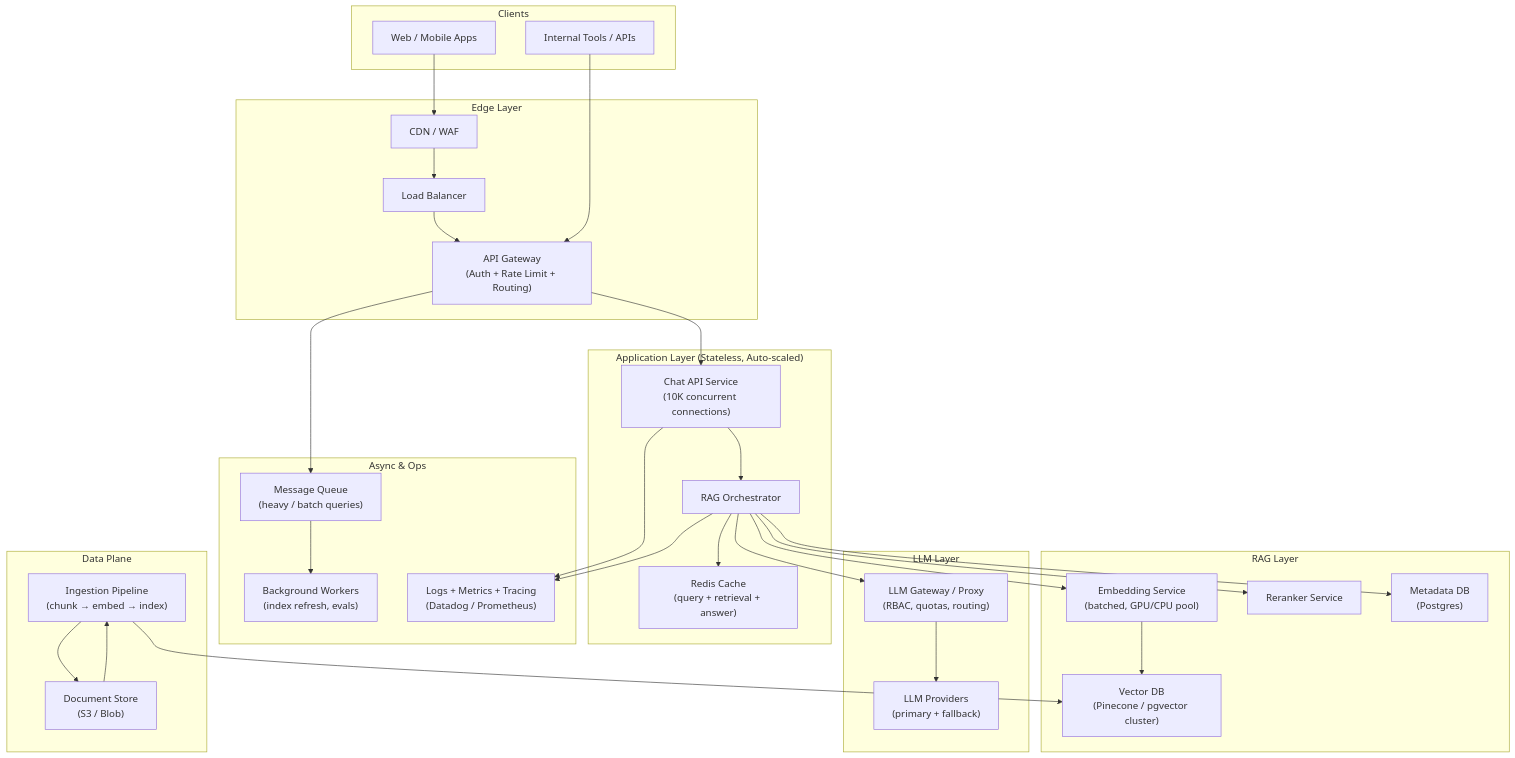
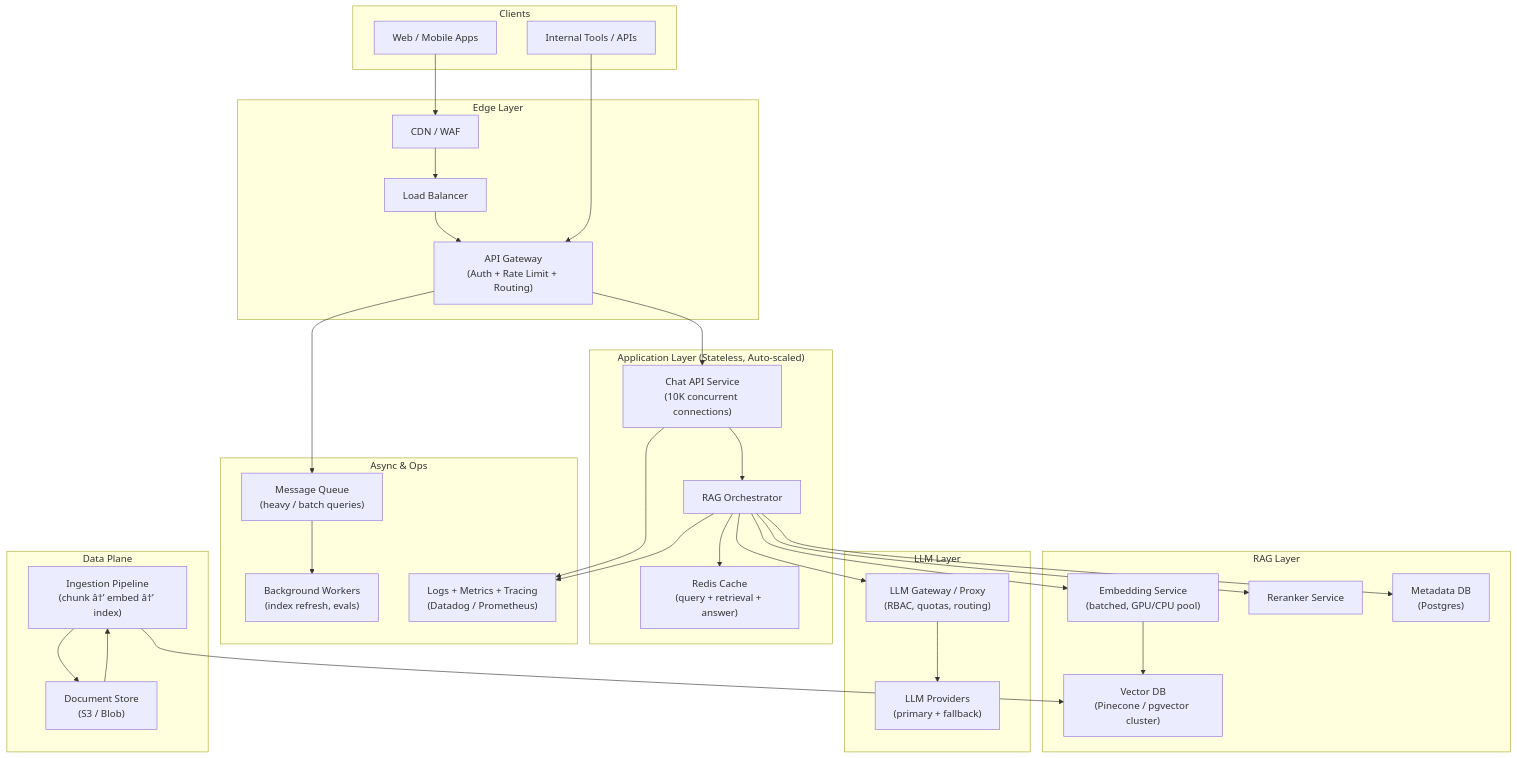
Before and after one commit to dnyanesh-k/notes: diagram 20 of 32 in interview/QnA.md, drawn with Mermaid. The commit also changed other lines of this file and 17 other files, not shown here.

````diff
--- a/interview/QnA.md
+++ b/interview/QnA.md
@@ -1852,56 +2504,56 @@
 ```mermaid
 flowchart TB
     subgraph clients ["Clients"]
         U1["Web / Mobile Apps"]
         U2["Internal Tools / APIs"]
     end
 
     subgraph edge ["Edge Layer"]
         CDN["CDN / WAF"]
         LB["Load Balancer"]
         GW["API Gateway\n(Auth + Rate Limit + Routing)"]
     end
 
     subgraph app ["Application Layer (Stateless, Auto-scaled)"]
         CS["Chat API Service\n(10K concurrent connections)"]
         ORCH["RAG Orchestrator"]
         CACHE["Redis Cache\n(query + retrieval + answer)"]
     end
 
     subgraph rag ["RAG Layer"]
         EMB["Embedding Service\n(batched, GPU/CPU pool)"]
         VDB["Vector DB\n(Pinecone / pgvector cluster)"]
         RERANK["Reranker Service"]
         META["Metadata DB\n(Postgres)"]
     end
 
     subgraph llm ["LLM Layer"]
         PROXY["LLM Gateway / Proxy\n(RBAC, quotas, routing)"]
         LLM["LLM Providers\n(primary + fallback)"]
     end
 
     subgraph async ["Async & Ops"]
         Q["Message Queue\n(heavy / batch queries)"]
         WORKER["Background Workers\n(index refresh, evals)"]
         OBS["Logs + Metrics + Tracing\n(Datadog / Prometheus)"]
     end
 
     subgraph data ["Data Plane"]
-        ING["Ingestion Pipeline\n(chunk → embed → index)"]
+        ING["Ingestion Pipeline\n(chunk â†’ embed â†’ index)"]
         DOCS["Document Store\n(S3 / Blob)"]
     end
 
     U1 --> CDN --> LB --> GW --> CS
     U2 --> GW
     CS --> ORCH
     ORCH --> CACHE
     ORCH --> EMB --> VDB
     ORCH --> RERANK
     ORCH --> META
     ORCH --> PROXY --> LLM
     CS --> OBS
     ORCH --> OBS
     GW --> Q --> WORKER
     DOCS --> ING --> VDB
     ING --> DOCS
 ```
````
